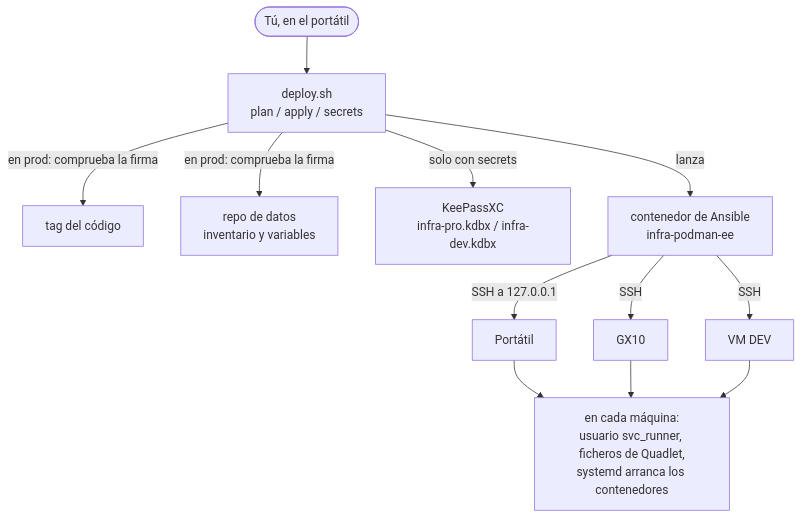
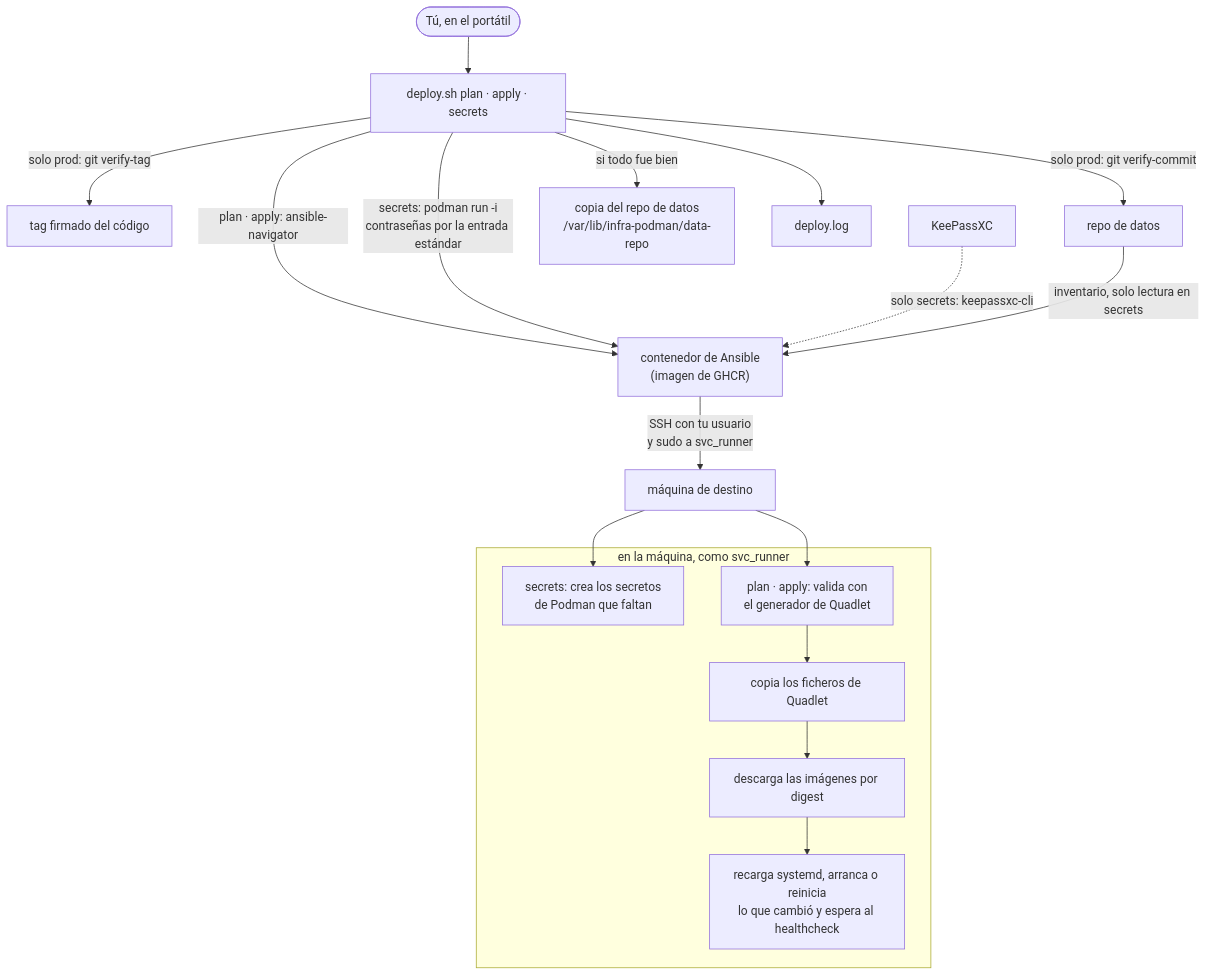
Before and after one commit to laperl/infra-podman: the second of 3 diagrams in docs/ARCHITECTURE.md, drawn with Mermaid. The commit also changed other lines of this file and 7 other files, not shown here.

First line of the commit message:
docs: rewrite the architecture and a shorter operations manual (phase 1f)

````diff
--- a/docs/ARCHITECTURE.md
+++ b/docs/ARCHITECTURE.md
@@ -85,14 +129,22 @@
 ```mermaid
 flowchart TD
-  op(["Tú, en el portátil"]) --> ds["deploy.sh<br/>plan / apply / secrets"]
-  ds -- "en prod: comprueba la firma" --> tag["tag del código"]
-  ds -- "en prod: comprueba la firma" --> datos["repo de datos<br/>inventario y variables"]
-  ds -- "solo con secrets" --> kp["KeePassXC<br/>infra-pro.kdbx / infra-dev.kdbx"]
-  ds -- "lanza" --> ee["contenedor de Ansible<br/>infra-podman-ee"]
-  ee -- "SSH a 127.0.0.1" --> l["Portátil"]
-  ee -- "SSH" --> g["GX10"]
-  ee -- "SSH" --> v["VM DEV"]
-  l --> q["en cada máquina:<br/>usuario svc_runner, ficheros de Quadlet,<br/>systemd arranca los contenedores"]
-  g --> q
-  v --> q
+  op(["Tú, en el portátil"]) --> ds["deploy.sh plan · apply · secrets"]
+  ds -- "solo prod: git verify-tag" --> tag["tag firmado del código"]
+  ds -- "solo prod: git verify-commit" --> data["repo de datos"]
+  ds -- "plan · apply: ansible-navigator" --> ee["contenedor de Ansible<br/>(imagen de GHCR)"]
+  ds -- "secrets: podman run -i<br/>contraseñas por la entrada estándar" --> ee
+  kp["KeePassXC"] -. "solo secrets: keepassxc-cli" .-> ee
+  data -- "inventario, solo lectura en secrets" --> ee
+  ee -- "SSH con tu usuario<br/>y sudo a svc_runner" --> host["máquina de destino"]
+  subgraph host_in["en la máquina, como svc_runner"]
+    sec["secrets: crea los secretos<br/>de Podman que faltan"]
+    gen["plan · apply: valida con<br/>el generador de Quadlet"]
+    inst["copia los ficheros de Quadlet"]
+    pull["descarga las imágenes por digest"]
+    run["recarga systemd, arranca o reinicia<br/>lo que cambió y espera al healthcheck"]
+  end
+  host --> sec
+  host --> gen --> inst --> pull --> run
+  ds -- "si todo fue bien" --> bundle["copia del repo de datos<br/>/var/lib/infra-podman/data-repo"]
+  ds --> log["deploy.log"]
 ```
````
